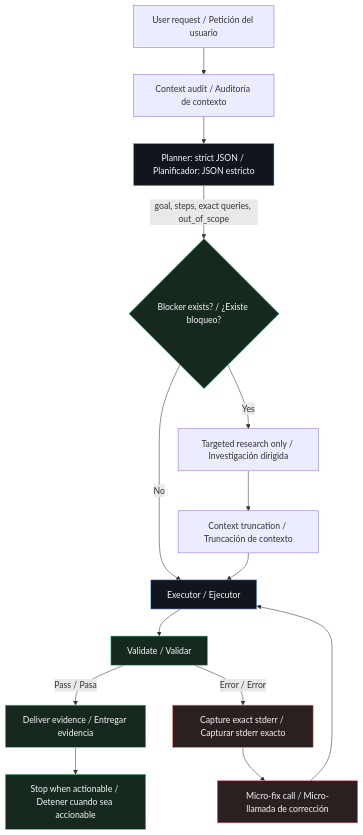
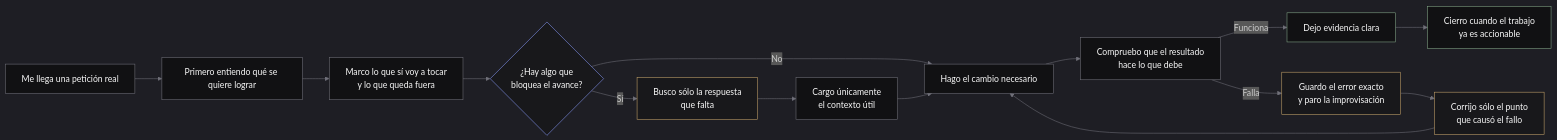
One commit to christiandejesus320-droid/universal-agent-skills-gateway changed the diagram in skills/universal-agent-workspace/references/maps/01-control-loop.mmd. Above: the diagram before and after it, drawn with Mermaid. The commit also changed 12 other files, not shown here.

```diff
--- a/skills/universal-agent-workspace/references/maps/01-control-loop.mmd
+++ b/skills/universal-agent-workspace/references/maps/01-control-loop.mmd
@@ -1,21 +1,24 @@
-flowchart TD
-  A[User request / Petición del usuario] --> B[Context audit / Auditoría de contexto]
-  B --> C[Planner: strict JSON / Planificador: JSON estricto]
-  C -->|goal, steps, exact queries, out_of_scope| D{Blocker exists? / ¿Existe bloqueo?}
-  D -->|No| F[Executor / Ejecutor]
-  D -->|Yes| E[Targeted research only / Investigación dirigida]
-  E --> G[Context truncation / Truncación de contexto]
+%%{init: {"theme":"dark", "themeVariables":{"background":"#09090B","primaryColor":"#111113","primaryTextColor":"#FAFAFA","primaryBorderColor":"#52525B","lineColor":"#71717A","secondaryColor":"#18181B","tertiaryColor":"#27272A","fontFamily":"Inter, Arial"}}}%%
+flowchart LR
+  A[Me llega una petición real] --> B[Primero entiendo qué se quiere lograr]
+  B --> C[Marco lo que sí voy a tocar<br/>y lo que queda fuera]
+  C --> D{¿Hay algo que<br/>bloquea el avance?}
+  D -->|No| F[Hago el cambio necesario]
+  D -->|Sí| E[Busco sólo la respuesta<br/>que falta]
+  E --> G[Cargo únicamente<br/>el contexto útil]
   G --> F
-  F --> H[Validate / Validar]
-  H -->|Pass / Pasa| I[Deliver evidence / Entregar evidencia]
-  H -->|Error / Error| J[Capture exact stderr / Capturar stderr exacto]
-  J --> K[Micro-fix call / Micro-llamada de corrección]
+  F --> H[Compruebo que el resultado<br/>hace lo que debe]
+  H -->|Funciona| I[Dejo evidencia clara]
+  H -->|Falla| J[Guardo el error exacto<br/>y paro la improvisación]
+  J --> K[Corrijo sólo el punto<br/>que causó el fallo]
   K --> F
-  I --> L[Stop when actionable / Detener cuando sea accionable]
+  I --> L[Cierro cuando el trabajo<br/>ya es accionable]
 
-  classDef core fill:#11161d,stroke:#72a7ff,color:#f5f7fa
-  classDef gate fill:#16291f,stroke:#3ddc97,color:#f5f7fa
-  classDef warn fill:#2b2020,stroke:#ff6b7a,color:#f5f7fa
-  class C,F core
-  class D,H,I,L gate
-  class J,K warn
+  classDef core fill:#111113,stroke:#71717A,color:#FAFAFA,stroke-width:1px
+  classDef decision fill:#18181B,stroke:#8B9CFF,color:#FAFAFA,stroke-width:1px
+  classDef proof fill:#111113,stroke:#86A98A,color:#FAFAFA,stroke-width:1px
+  classDef pause fill:#18181B,stroke:#C7A56B,color:#FAFAFA,stroke-width:1px
+  class A,B,C,F,G,H core
+  class D decision
+  class I,L proof
+  class E,J,K pause
```
